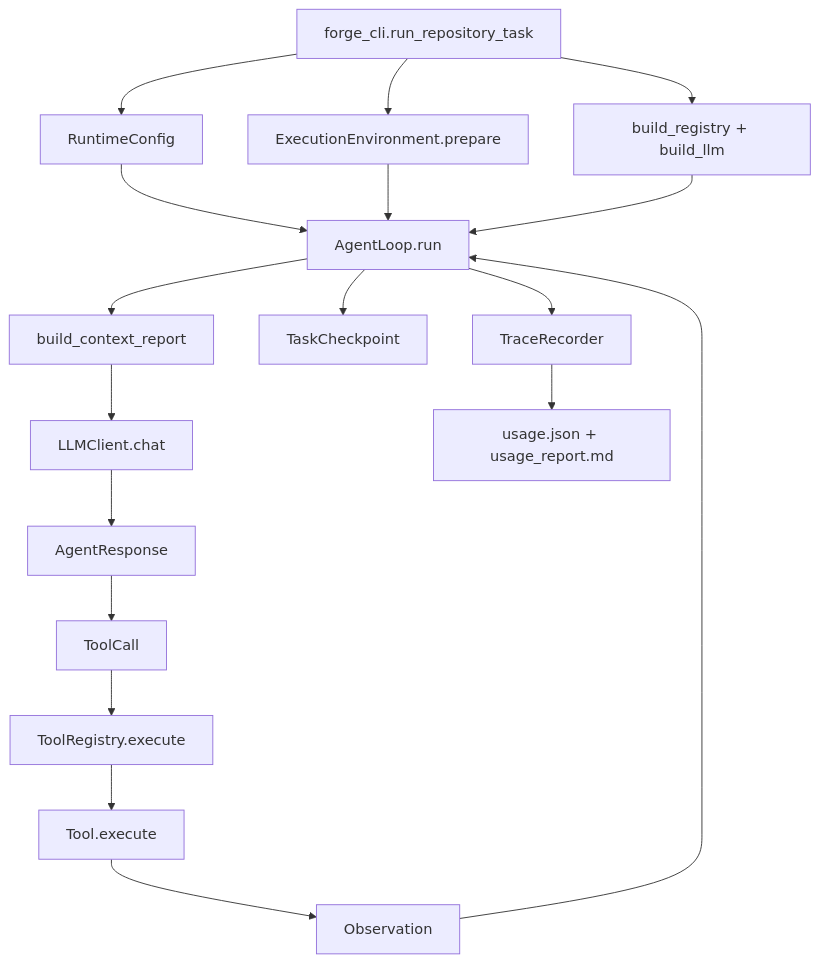
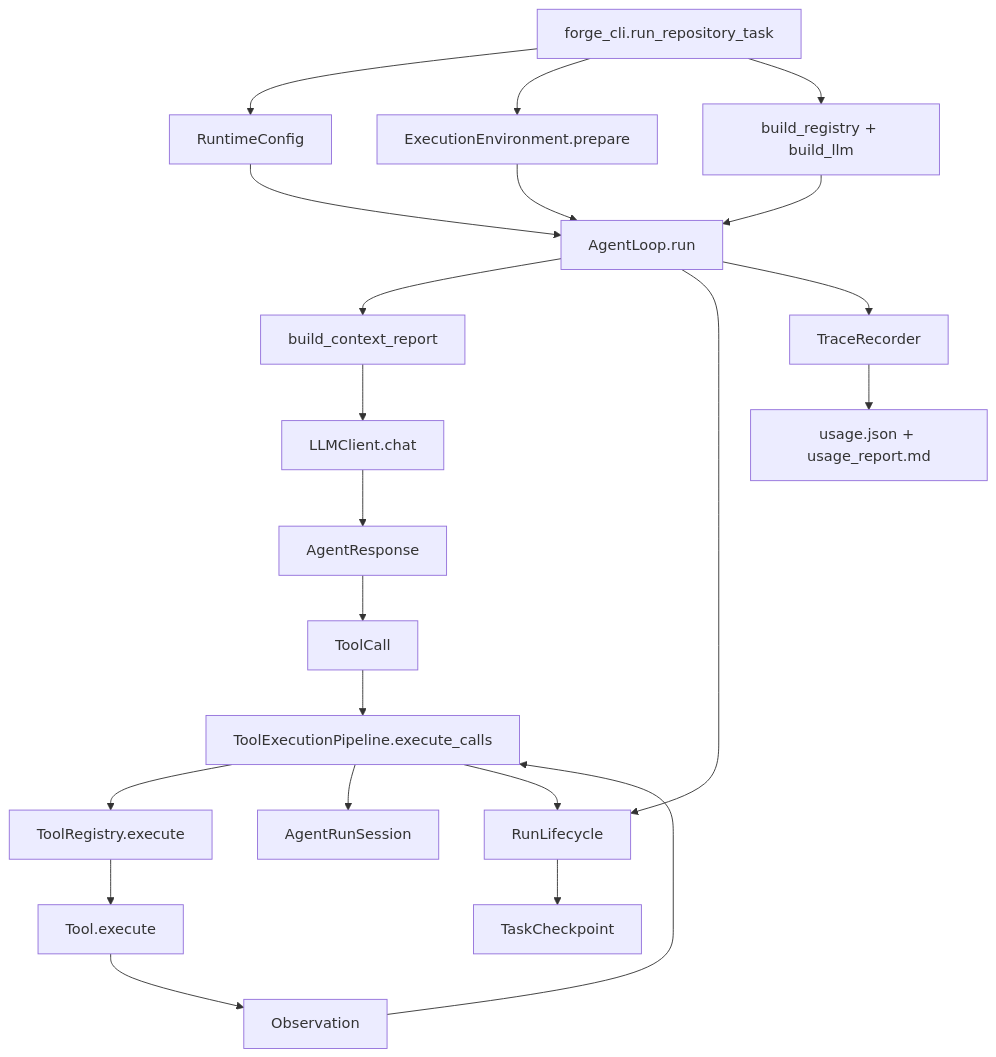
Before and after one commit to semi-hollow/NanoHarness: the first of 5 diagrams in docs/guides/code-reading-map.md, drawn with Mermaid. The commit also changed other lines of this file and 24 other files, not shown here.

````diff
--- a/docs/guides/code-reading-map.md
+++ b/docs/guides/code-reading-map.md
@@ -78,20 +78,24 @@
 ```mermaid
 flowchart TD
     CLI["forge_cli.run_repository_task"] --> Config["RuntimeConfig"]
     CLI --> Environment["ExecutionEnvironment.prepare"]
     CLI --> Wiring["build_registry + build_llm"]
     Config --> Loop["AgentLoop.run"]
     Environment --> Loop
     Wiring --> Loop
     Loop --> Context["build_context_report"]
     Context --> Model["LLMClient.chat"]
     Model --> Response["AgentResponse"]
     Response --> Call["ToolCall"]
-    Call --> Registry["ToolRegistry.execute"]
+    Call --> Pipeline["ToolExecutionPipeline.execute_calls"]
+    Pipeline --> Registry["ToolRegistry.execute"]
     Registry --> Tool["Tool.execute"]
     Tool --> Observation["Observation"]
-    Observation --> Loop
-    Loop --> Checkpoint["TaskCheckpoint"]
+    Observation --> Pipeline
+    Pipeline --> Session["AgentRunSession"]
+    Loop --> Lifecycle["RunLifecycle"]
+    Pipeline --> Lifecycle
+    Lifecycle --> Checkpoint["TaskCheckpoint"]
     Loop --> Trace["TraceRecorder"]
     Trace --> Report["usage.json + usage_report.md"]
 ```
````
